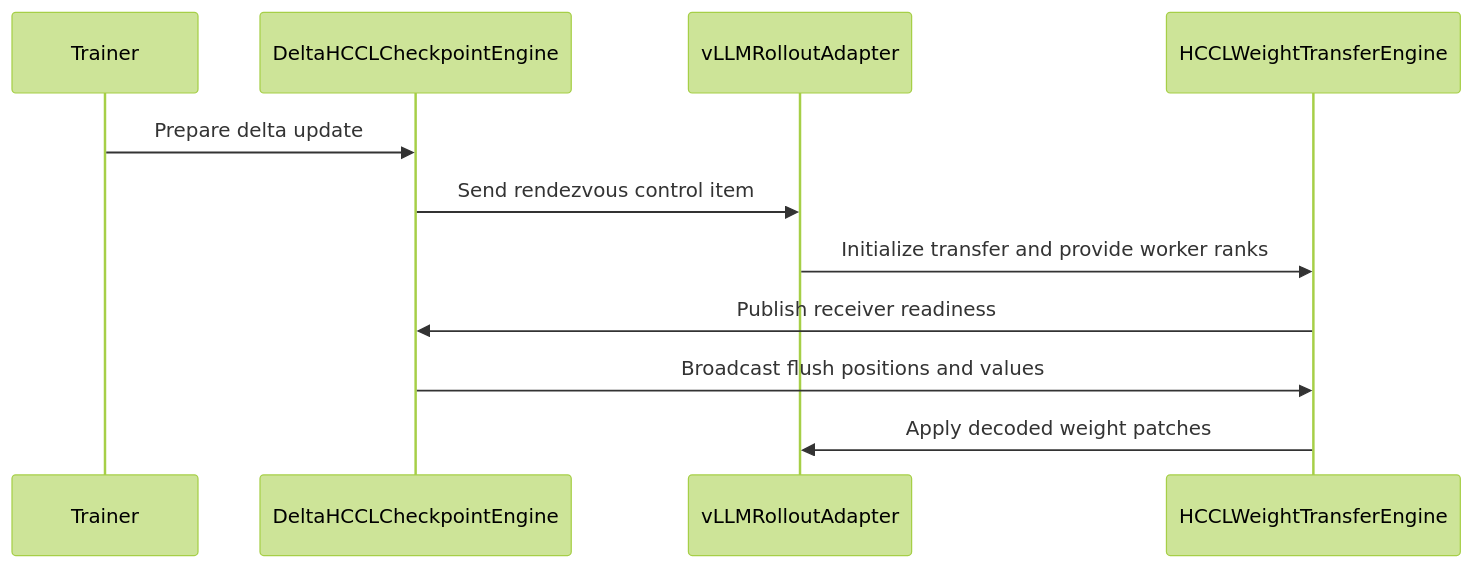
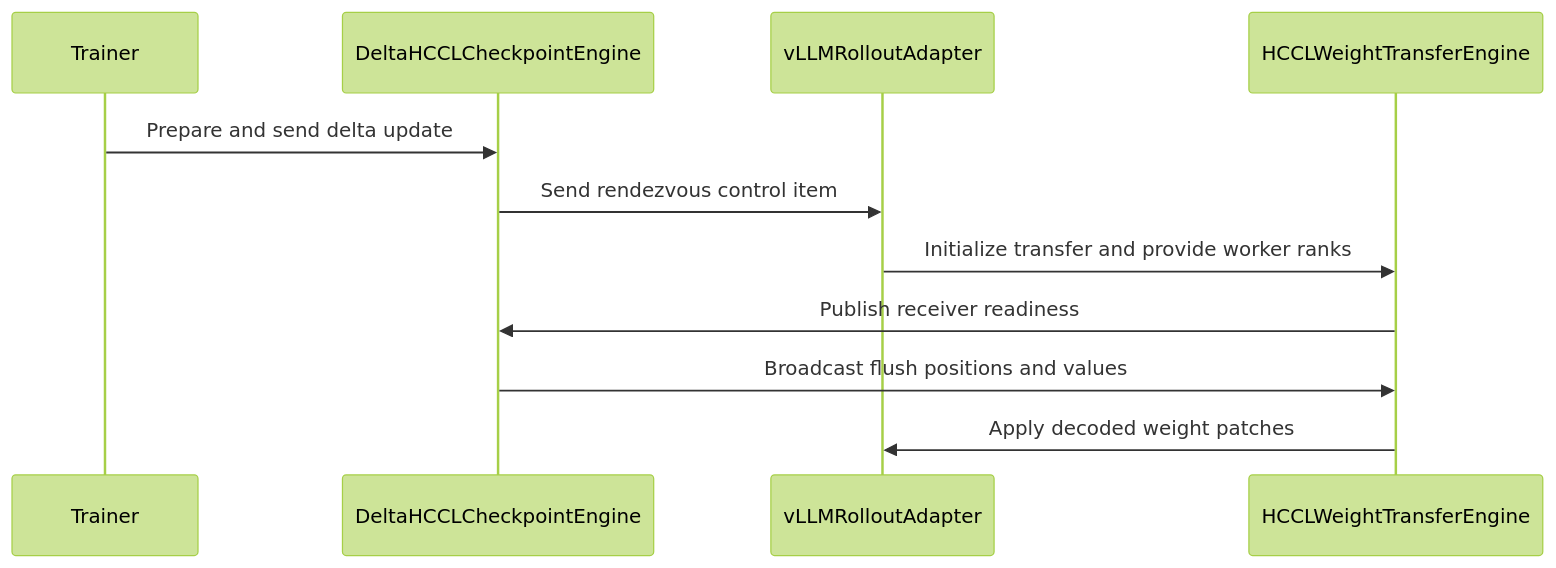
One commit to yuguo-Jack/HCU-TrainFlow changed the diagram in knowledge/projects/verl/knowledgebase/upstream/prs/verl-project--verl/PR-8272.md. Above: the diagram before and after it, drawn with Mermaid (forest theme). The commit also changed other lines of this file and 42044 other files, not shown here.

````diff
--- a/knowledge/projects/verl/knowledgebase/upstream/prs/verl-project--verl/PR-8272.md
+++ b/knowledge/projects/verl/knowledgebase/upstream/prs/verl-project--verl/PR-8272.md
@@ -474,13 +812,13 @@
 ```mermaid
 sequenceDiagram
   participant Trainer
   participant DeltaHCCLCheckpointEngine
   participant vLLMRolloutAdapter
   participant HCCLWeightTransferEngine
-  Trainer->>DeltaHCCLCheckpointEngine: Prepare delta update
+  Trainer->>DeltaHCCLCheckpointEngine: Prepare and send delta update
   DeltaHCCLCheckpointEngine->>vLLMRolloutAdapter: Send rendezvous control item
   vLLMRolloutAdapter->>HCCLWeightTransferEngine: Initialize transfer and provide worker ranks
   HCCLWeightTransferEngine->>DeltaHCCLCheckpointEngine: Publish receiver readiness
   DeltaHCCLCheckpointEngine->>HCCLWeightTransferEngine: Broadcast flush positions and values
   HCCLWeightTransferEngine->>vLLMRolloutAdapter: Apply decoded weight patches
 ```
````
